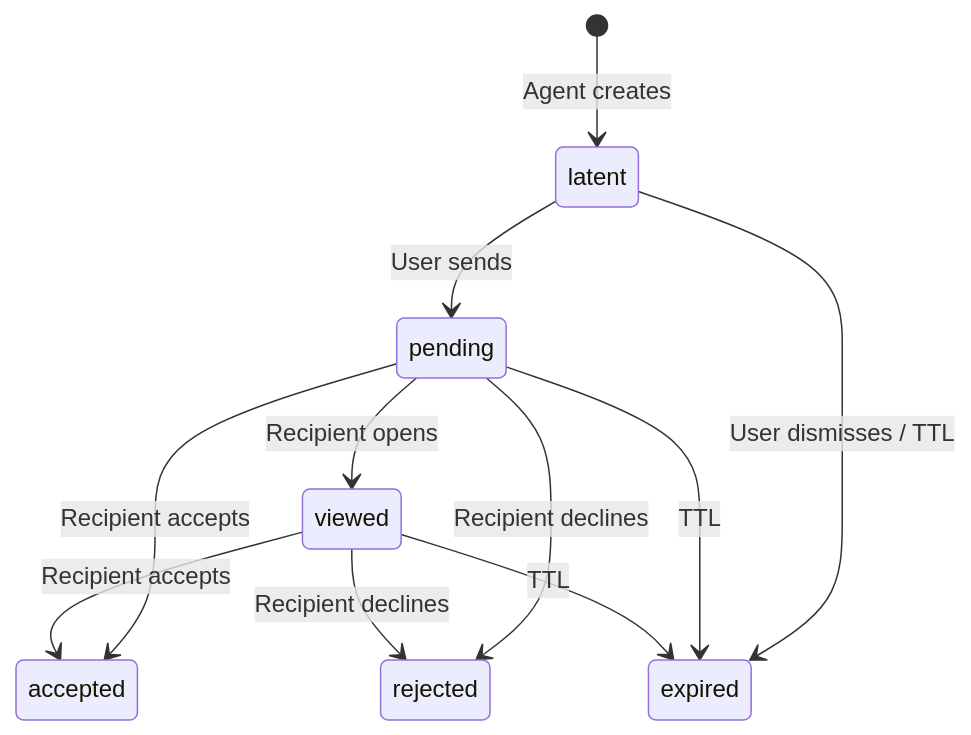
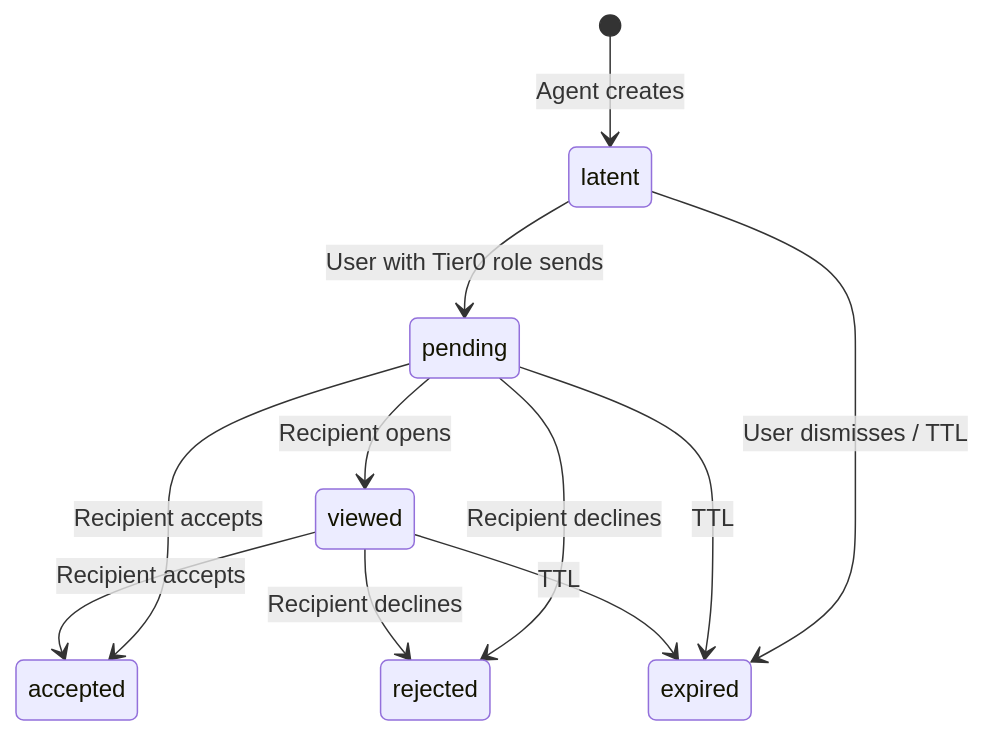
Before and after one commit to indexnetwork/claude-plugin: the fourth of 5 diagrams in protocol/src/lib/protocol/docs/Latent Opportunity Lifecycle.md, drawn with Mermaid. The commit also changed other lines of this file, not shown here.

First line of the commit message:
docs(opportunity): rewrite Latent Opportunity Lifecycle for role-based model

````diff
--- a/protocol/src/lib/protocol/docs/Latent Opportunity Lifecycle.md
+++ b/protocol/src/lib/protocol/docs/Latent Opportunity Lifecycle.md
@@ -39,13 +146,13 @@
 ```mermaid
 stateDiagram-v2
     [*] --> latent: Agent creates
-    latent --> pending: User sends
+    latent --> pending: User with Tier0 role sends
     latent --> expired: User dismisses / TTL
     pending --> viewed: Recipient opens
     pending --> accepted: Recipient accepts
     pending --> rejected: Recipient declines
     pending --> expired: TTL
     viewed --> accepted: Recipient accepts
     viewed --> rejected: Recipient declines
     viewed --> expired: TTL
 ```
````
